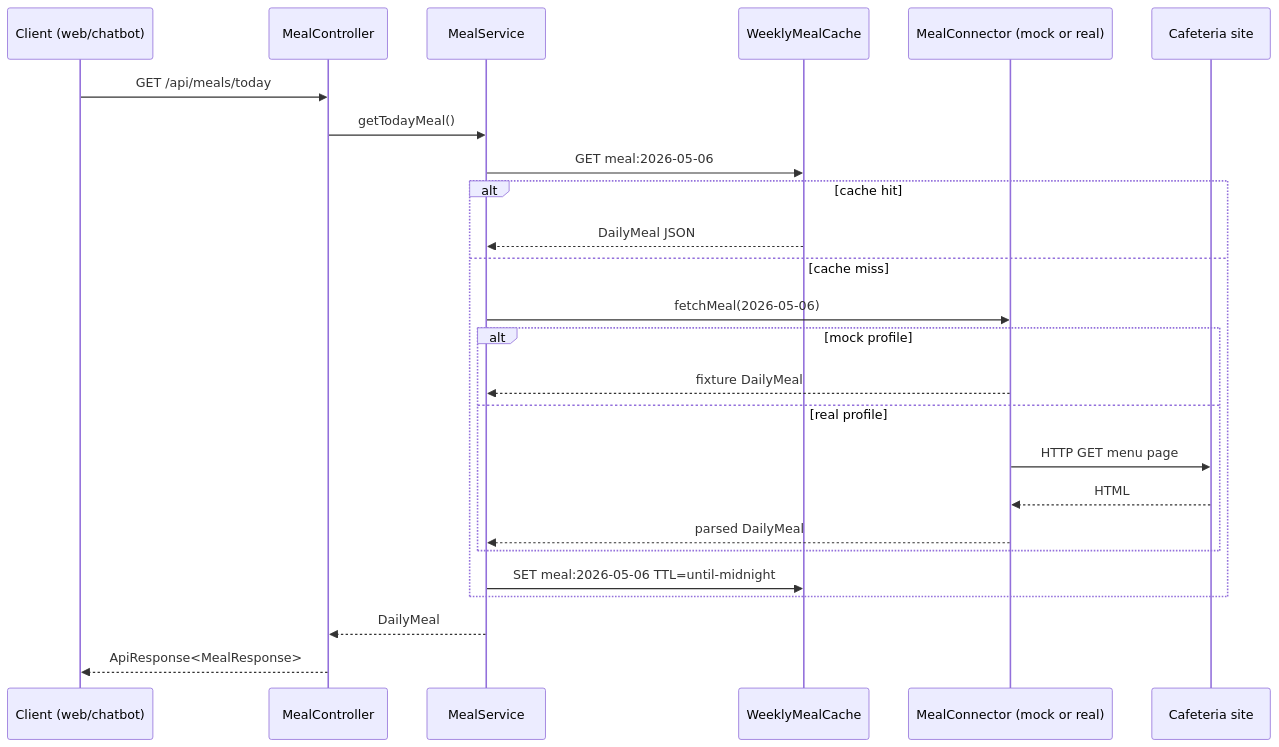
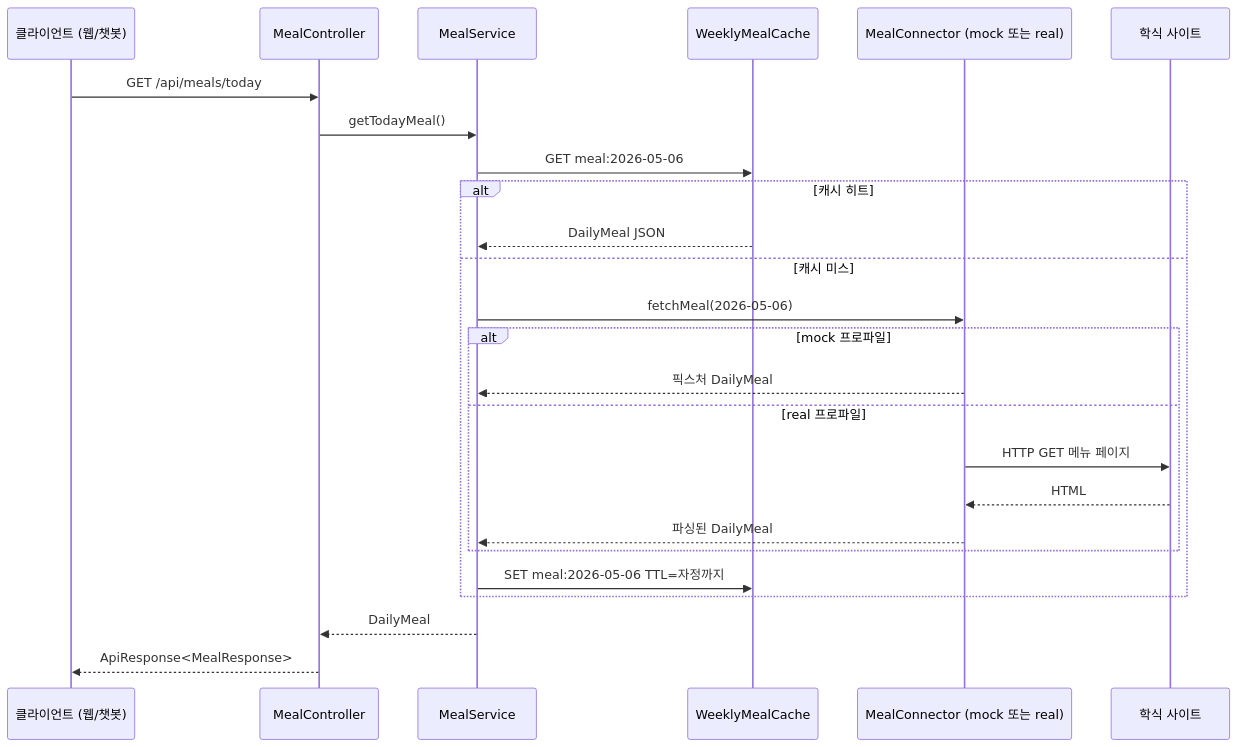
The second of 2 diagrams in docs/architecture.md (hoeongj/ssuMCP), drawn with Mermaid before and after one commit. The commit also changed other lines of this file and 1 other file, not shown here.

Commit message:
docs: translate architecture.md and security.md to Korean

````diff
--- a/docs/architecture.md
+++ b/docs/architecture.md
@@ -427,28 +361,28 @@
 ```mermaid
 sequenceDiagram
-    participant C as Client (web/chatbot)
+    participant C as 클라이언트 (웹/챗봇)
     participant Ctl as MealController
     participant Svc as MealService
     participant R as WeeklyMealCache
-    participant Conn as MealConnector (mock or real)
-    participant Site as Cafeteria site
+    participant Conn as MealConnector (mock 또는 real)
+    participant Site as 학식 사이트
 
     C->>Ctl: GET /api/meals/today
     Ctl->>Svc: getTodayMeal()
     Svc->>R: GET meal:2026-05-06
-    alt cache hit
+    alt 캐시 히트
         R-->>Svc: DailyMeal JSON
-    else cache miss
+    else 캐시 미스
         Svc->>Conn: fetchMeal(2026-05-06)
-        alt mock profile
-            Conn-->>Svc: fixture DailyMeal
-        else real profile
-            Conn->>Site: HTTP GET menu page
+        alt mock 프로파일
+            Conn-->>Svc: 픽스처 DailyMeal
+        else real 프로파일
+            Conn->>Site: HTTP GET 메뉴 페이지
             Site-->>Conn: HTML
-            Conn-->>Svc: parsed DailyMeal
+            Conn-->>Svc: 파싱된 DailyMeal
         end
-        Svc->>R: SET meal:2026-05-06 TTL=until-midnight
+        Svc->>R: SET meal:2026-05-06 TTL=자정까지
     end
     Svc-->>Ctl: DailyMeal
     Ctl-->>C: ApiResponse<MealResponse>
 ```
````
